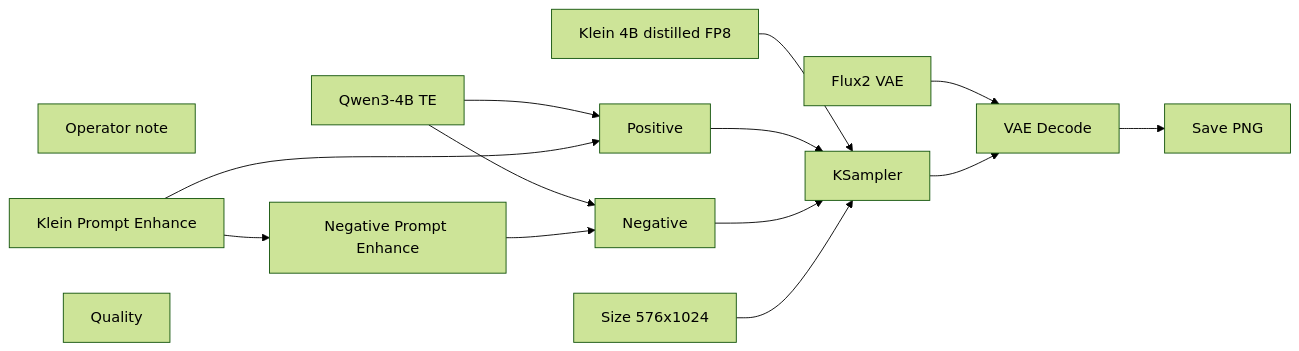
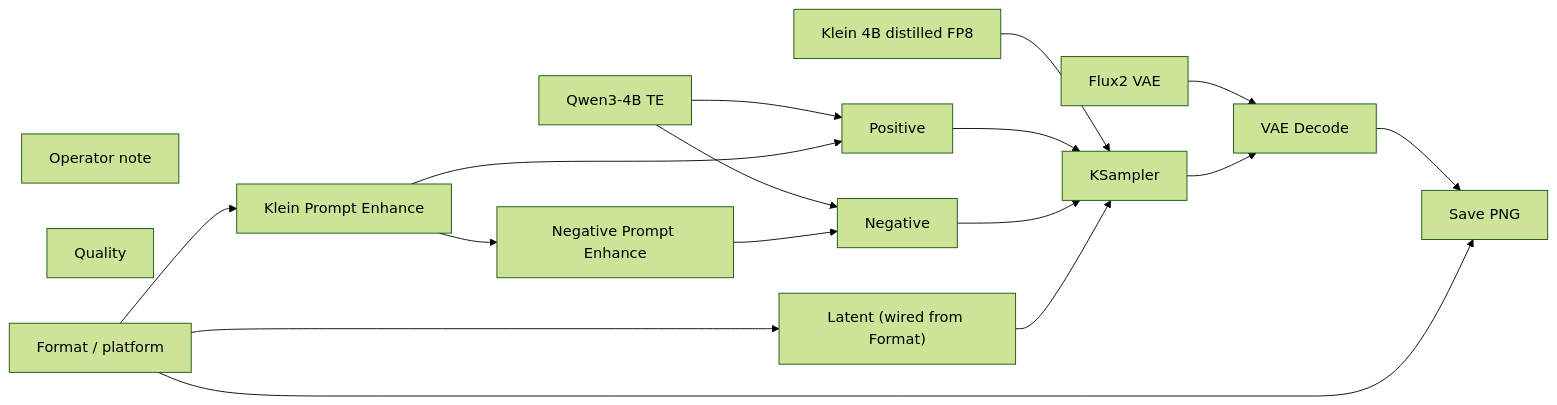
Before and after one commit to toxicoder/ez-comfy-stack: the diagram in docs/generated/workflows/klein/creator/audiogram-vert.md, drawn with Mermaid (forest theme). The commit also changed other lines of this file and 312 other files, not shown here.

First line of the commit message:
feat: Format / platform on Klein, Wan, and LTX Apps

````diff
--- a/docs/generated/workflows/klein/creator/audiogram-vert.md
+++ b/docs/generated/workflows/klein/creator/audiogram-vert.md
@@ -49,28 +51,32 @@
 ```mermaid
 flowchart LR
   N1["Klein 4B distilled FP8"]
   N2["Qwen3-4B TE"]
   N3["Flux2 VAE"]
   N4["Positive"]
   N5["Negative"]
-  N6["Size 576x1024"]
+  N6["Latent (wired from Format)"]
   N7["KSampler"]
   N8["VAE Decode"]
   N9["Save PNG"]
   N10["Operator note"]
   N11["Klein Prompt Enhance"]
   N12["Negative Prompt Enhance"]
   N13["Quality"]
+  N14["Format / platform"]
   N1 --> N7
   N2 --> N4
   N2 --> N5
   N3 --> N8
   N4 --> N7
   N5 --> N7
   N6 --> N7
   N7 --> N8
   N8 --> N9
   N11 --> N4
   N11 --> N12
   N12 --> N5
+  N14 --> N6
+  N14 --> N11
+  N14 --> N9
 ```
````
